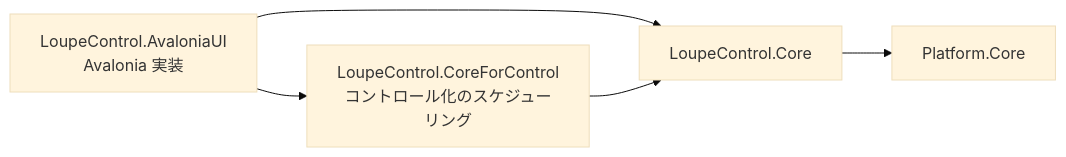
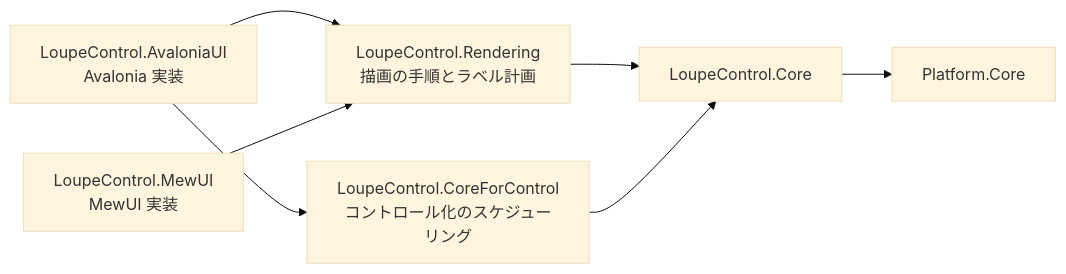
One commit to tomokuni/SaveEvidence changed the first of 2 diagrams in src/LoupeControl.Core/SPEC_System.md. Above: the diagram before and after it, drawn with Mermaid (base theme). The commit also changed other lines of this file and 220 other files, not shown here.

````diff
--- a/src/LoupeControl.Core/SPEC_System.md
+++ b/src/LoupeControl.Core/SPEC_System.md
@@ -15,7 +15,9 @@
 ```mermaid
 graph LR
-  A[LoupeControl.AvaloniaUI<br/>Avalonia 実装] --> C[LoupeControl.CoreForControl<br/>コントロール化のスケジューリング]
-  A --> B[LoupeControl.Core]
+  A[LoupeControl.AvaloniaUI<br/>Avalonia 実装] --> R[LoupeControl.Rendering<br/>描画の手順とラベル計画]
+  M[LoupeControl.MewUI<br/>MewUI 実装] --> R
+  R --> B[LoupeControl.Core]
+  A --> C[LoupeControl.CoreForControl<br/>コントロール化のスケジューリング]
   C[LoupeControl.CoreForControl<br/>コントロール化のスケジューリング] --> B
   B --> D[Platform.Core]
 ```
````
